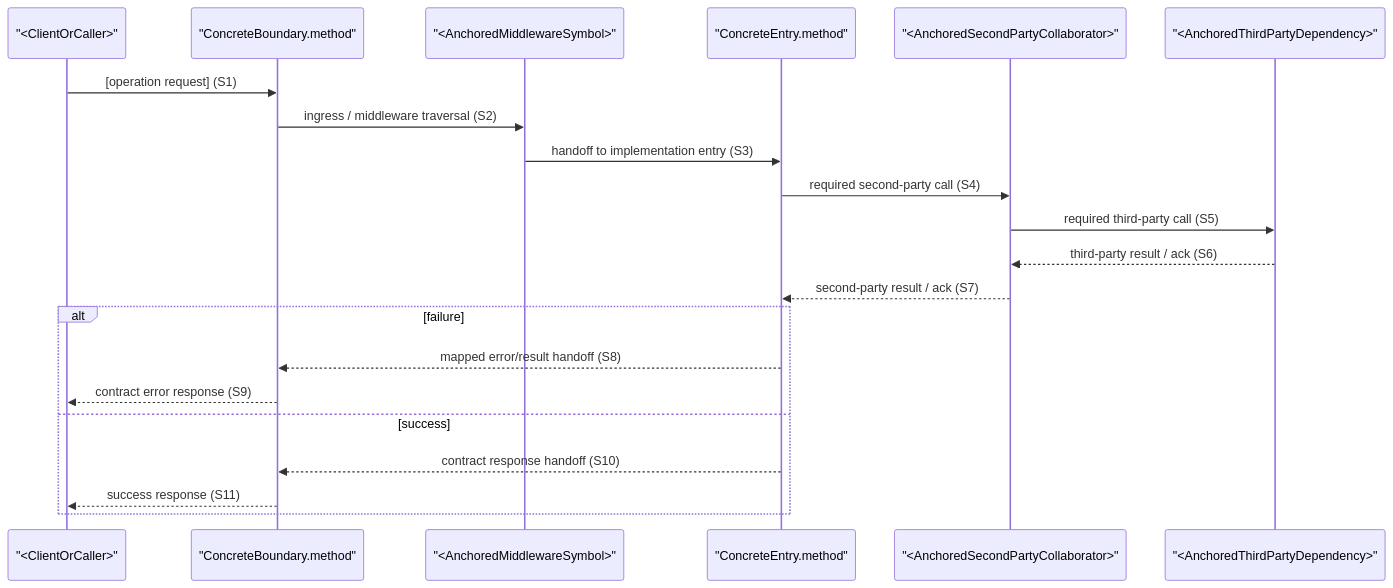
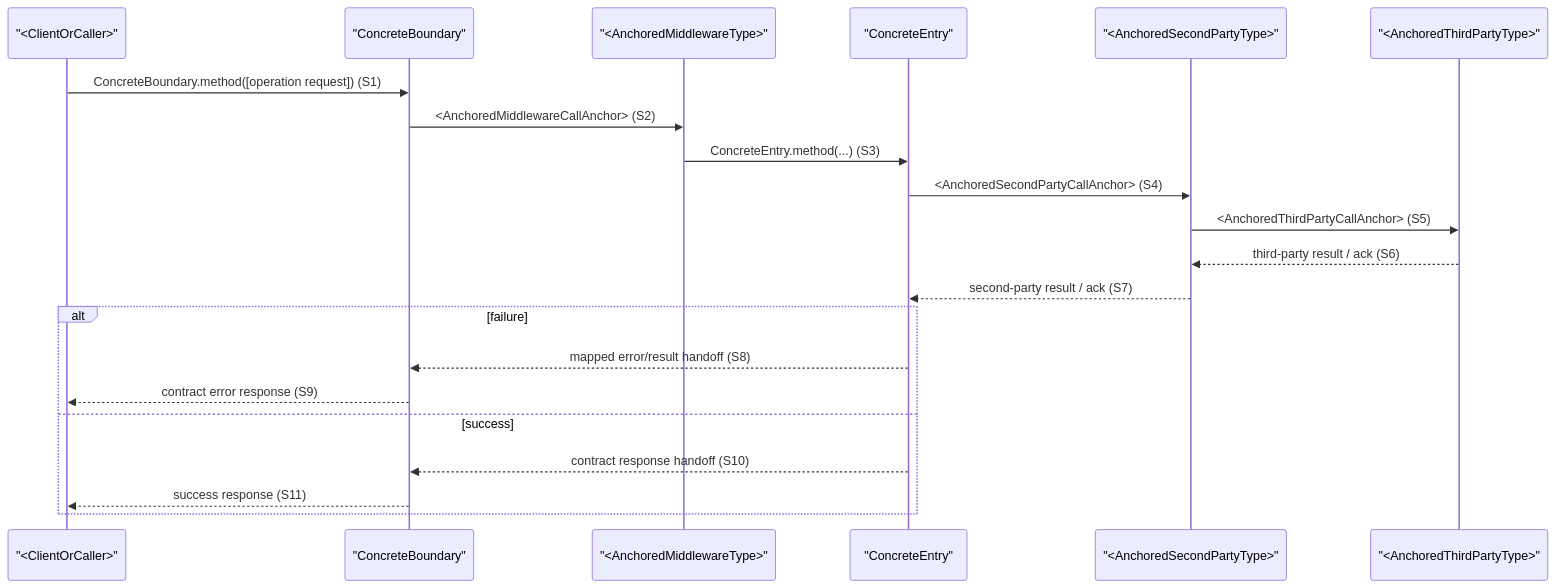
One commit to bigsmartben/sdd changed the third of 6 diagrams in templates/contract-template.md. Above: the diagram before and after it, drawn with Mermaid. The commit also changed other lines of this file and 9 other files, not shown here.

````diff
--- a/templates/contract-template.md
+++ b/templates/contract-template.md
@@ -234,24 +235,24 @@
 ```mermaid
 sequenceDiagram
     participant Initiator as "<ClientOrCaller>"
-    participant Boundary as "ConcreteBoundary.method"
-    participant Middleware as "<AnchoredMiddlewareSymbol>"
-    participant Entry as "ConcreteEntry.method"
-    participant SecondParty as "<AnchoredSecondPartyCollaborator>"
-    participant ThirdParty as "<AnchoredThirdPartyDependency>"
+    participant Boundary as "ConcreteBoundary"
+    participant Middleware as "<AnchoredMiddlewareType>"
+    participant Entry as "ConcreteEntry"
+    participant SecondParty as "<AnchoredSecondPartyType>"
+    participant ThirdParty as "<AnchoredThirdPartyType>"
 
-    Initiator->>Boundary: [operation request] (S1)
-    Boundary->>Middleware: ingress / middleware traversal (S2)
-    Middleware->>Entry: handoff to implementation entry (S3)
-    Entry->>SecondParty: required second-party call (S4)
-    SecondParty->>ThirdParty: required third-party call (S5)
+    Initiator->>Boundary: ConcreteBoundary.method([operation request]) (S1)
+    Boundary->>Middleware: <AnchoredMiddlewareCallAnchor> (S2)
+    Middleware->>Entry: ConcreteEntry.method(...) (S3)
+    Entry->>SecondParty: <AnchoredSecondPartyCallAnchor> (S4)
+    SecondParty->>ThirdParty: <AnchoredThirdPartyCallAnchor> (S5)
     ThirdParty-->>SecondParty: third-party result / ack (S6)
     SecondParty-->>Entry: second-party result / ack (S7)
     alt failure
         Entry-->>Boundary: mapped error/result handoff (S8)
         Boundary-->>Initiator: contract error response (S9)
     else success
         Entry-->>Boundary: contract response handoff (S10)
         Boundary-->>Initiator: success response (S11)
     end
 ```
````
